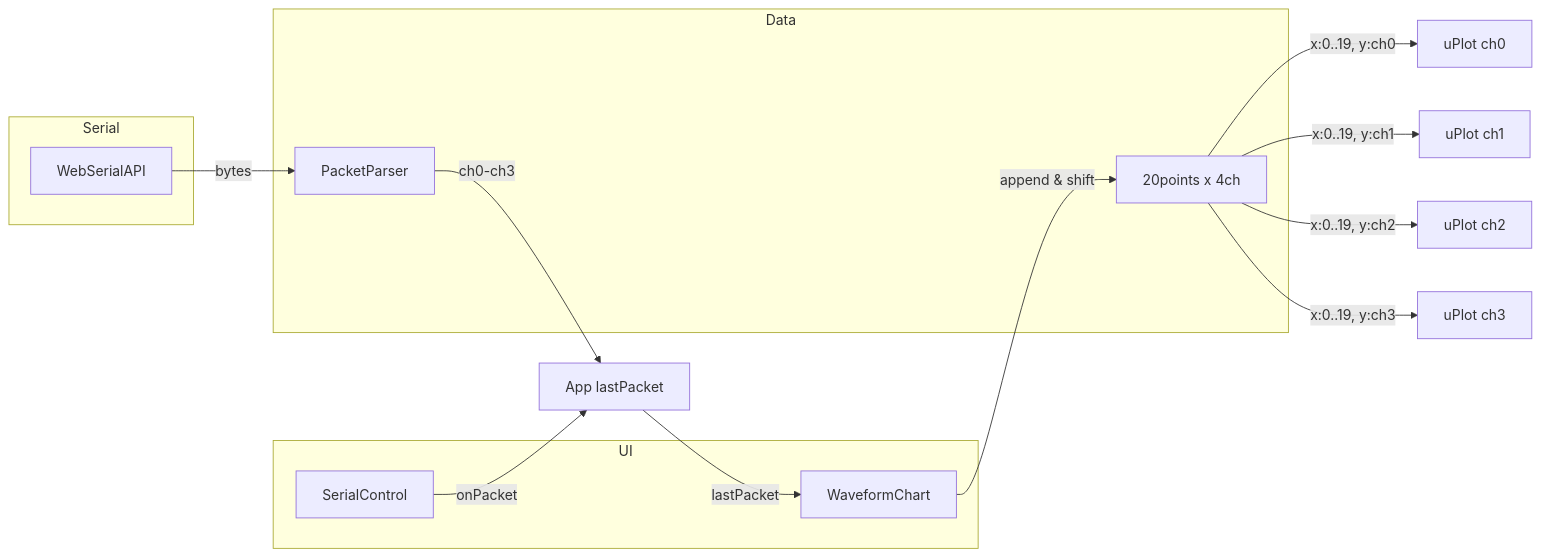
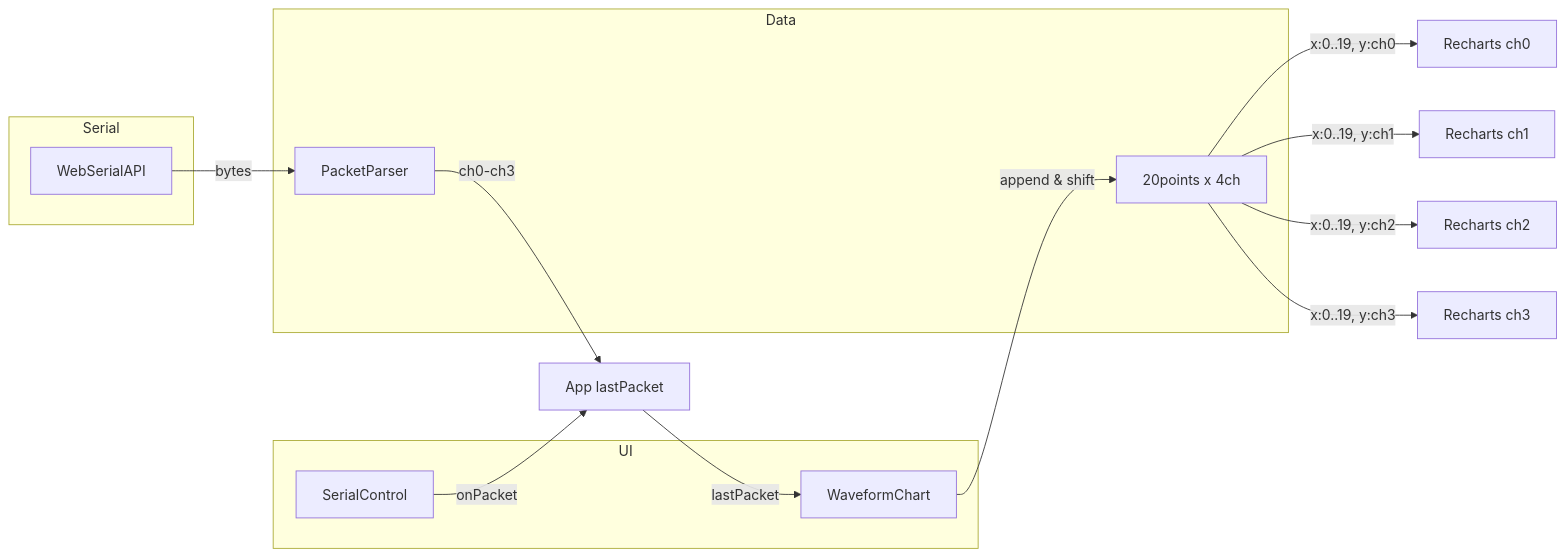
Before and after one commit to naoiw/react-gui-tool: the diagram in docs/00_overview.md, drawn with Mermaid. The commit also changed other lines of this file and 5 other files, not shown here.

````diff
--- a/docs/00_overview.md
+++ b/docs/00_overview.md
@@ -35,24 +35,24 @@
 ```mermaid
 flowchart LR
   subgraph ui [UI]
     SerialControl[SerialControl]
     WaveformChart[WaveformChart]
   end
   subgraph serial [Serial]
     WebSerial[WebSerialAPI]
   end
   subgraph data [Data]
     Parser[PacketParser]
     Buffer[20points x 4ch]
   end
 
   SerialControl -->|onPacket| App[App lastPacket]
   WebSerial -->|bytes| Parser
   Parser -->|ch0-ch3| App
   App -->|lastPacket| WaveformChart
   WaveformChart -->|append & shift| Buffer
-  Buffer -->|x:0..19, y:ch0| uPlot0["uPlot ch0"]
-  Buffer -->|x:0..19, y:ch1| uPlot1["uPlot ch1"]
-  Buffer -->|x:0..19, y:ch2| uPlot2["uPlot ch2"]
-  Buffer -->|x:0..19, y:ch3| uPlot3["uPlot ch3"]
+  Buffer -->|x:0..19, y:ch0| R0["Recharts ch0"]
+  Buffer -->|x:0..19, y:ch1| R1["Recharts ch1"]
+  Buffer -->|x:0..19, y:ch2| R2["Recharts ch2"]
+  Buffer -->|x:0..19, y:ch3| R3["Recharts ch3"]
 ```
````
